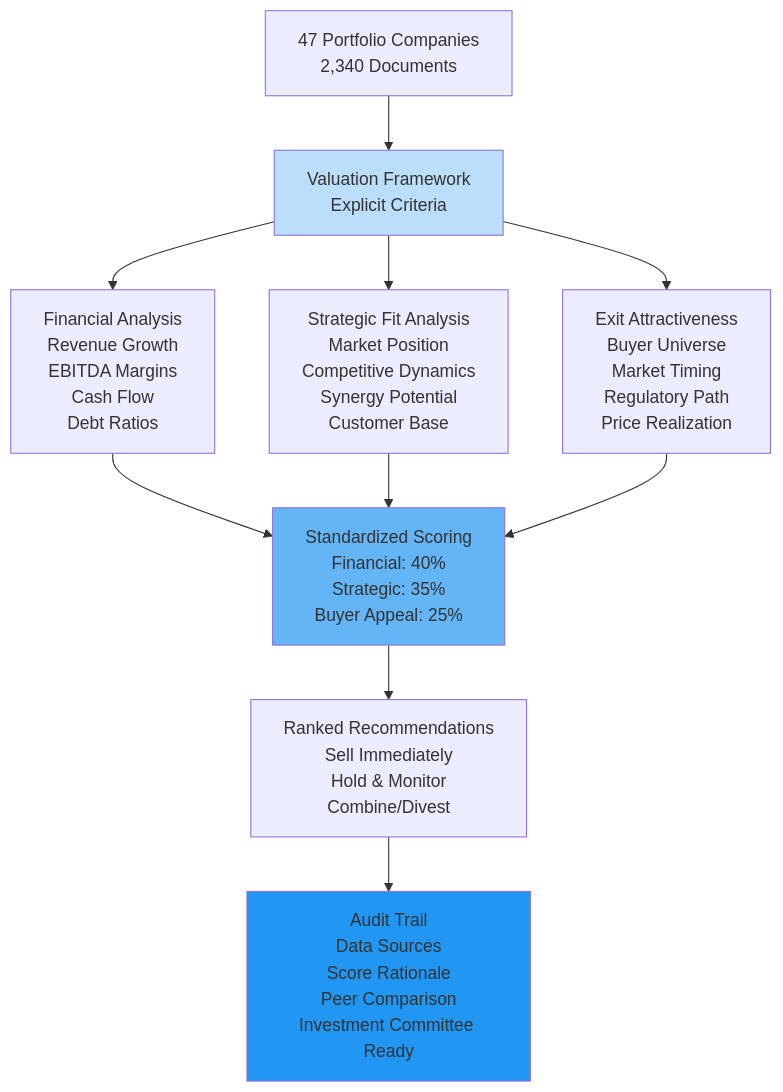
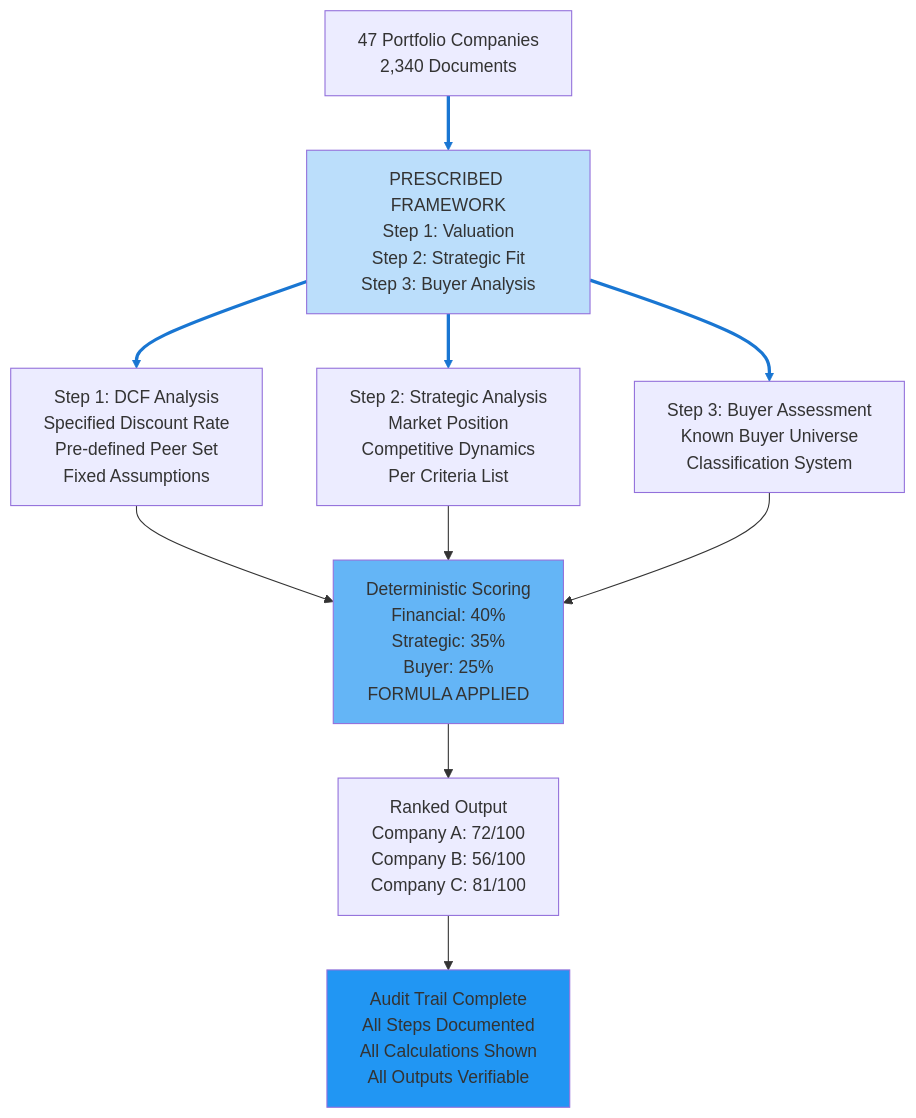
One commit to whatevergeek/agentic_vs_deterministic changed the second of 18 diagrams in debate_shortlisted_topics_slide_prep.md. Above: the diagram before and after it, drawn with Mermaid. The commit also changed other lines of this file, not shown here.

````diff
--- a/debate_shortlisted_topics_slide_prep.md
+++ b/debate_shortlisted_topics_slide_prep.md
@@ -62,16 +64,18 @@
 ```mermaid
 graph TD
-    A["47 Portfolio Companies<br/>2,340 Documents"] --> B["Valuation Framework<br/>Explicit Criteria"]
-    B --> C["Financial Analysis<br/>Revenue Growth<br/>EBITDA Margins<br/>Cash Flow<br/>Debt Ratios"]
-    B --> D["Strategic Fit Analysis<br/>Market Position<br/>Competitive Dynamics<br/>Synergy Potential<br/>Customer Base"]
-    B --> E["Exit Attractiveness<br/>Buyer Universe<br/>Market Timing<br/>Regulatory Path<br/>Price Realization"]
-    C --> F["Standardized Scoring<br/>Financial: 40%<br/>Strategic: 35%<br/>Buyer Appeal: 25%"]
+    A["47 Portfolio Companies<br/>2,340 Documents"] --> B["PRESCRIBED FRAMEWORK<br/>Step 1: Valuation<br/>Step 2: Strategic Fit<br/>Step 3: Buyer Analysis"]
+    B --> C["Step 1: DCF Analysis<br/>Specified Discount Rate<br/>Pre-defined Peer Set<br/>Fixed Assumptions"]
+    B --> D["Step 2: Strategic Analysis<br/>Market Position<br/>Competitive Dynamics<br/>Per Criteria List"]
+    B --> E["Step 3: Buyer Assessment<br/>Known Buyer Universe<br/>Classification System"]
+    C --> F["Deterministic Scoring<br/>Financial: 40%<br/>Strategic: 35%<br/>Buyer: 25%<br/>FORMULA APPLIED"]
     D --> F
     E --> F
-    F --> G["Ranked Recommendations<br/>Sell Immediately<br/>Hold & Monitor<br/>Combine/Divest"]
-    G --> H["Audit Trail<br/>Data Sources<br/>Score Rationale<br/>Peer Comparison<br/>Investment Committee Ready"]
+    F --> G["Ranked Output<br/>Company A: 72/100<br/>Company B: 56/100<br/>Company C: 81/100"]
+    G --> H["Audit Trail Complete<br/>All Steps Documented<br/>All Calculations Shown<br/>All Outputs Verifiable"]
     
     style B fill:#bbdefb
     style F fill:#64b5f6
     style H fill:#2196f3
+    
+    linkStyle 0,1,2,3 stroke:#1976d2,stroke-width:3px
 ```
````
